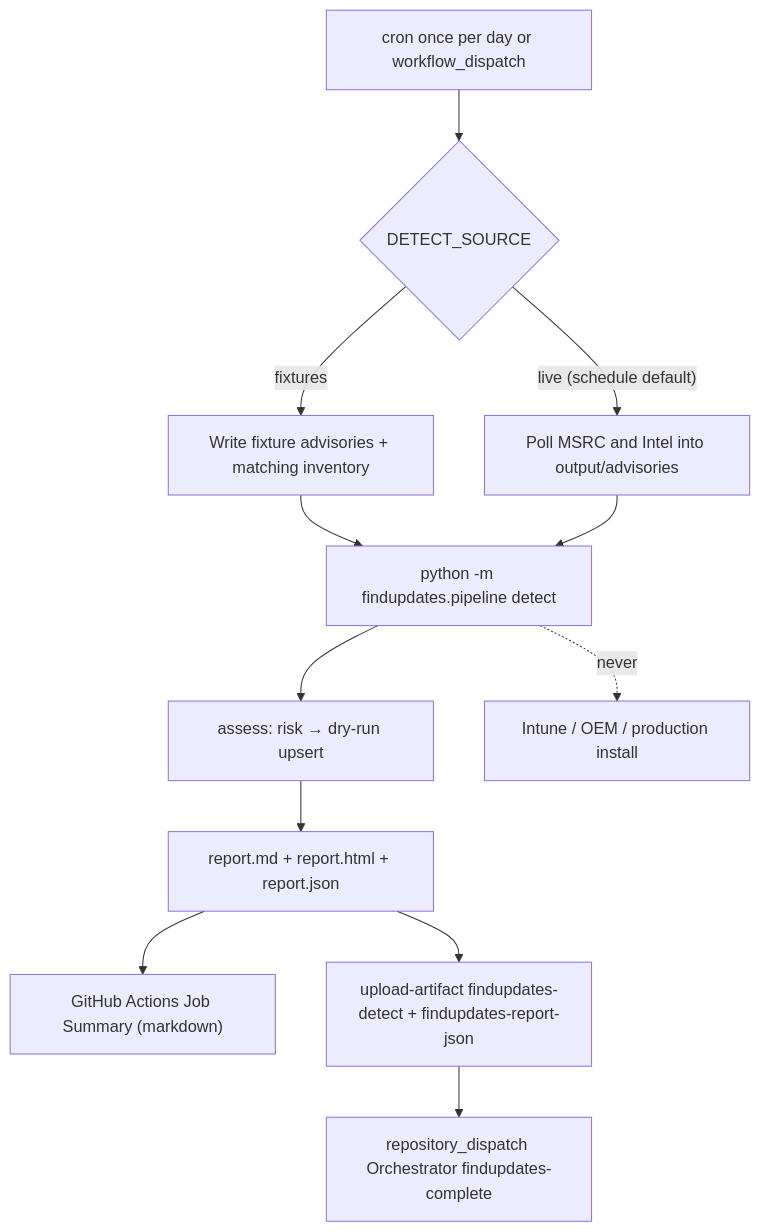
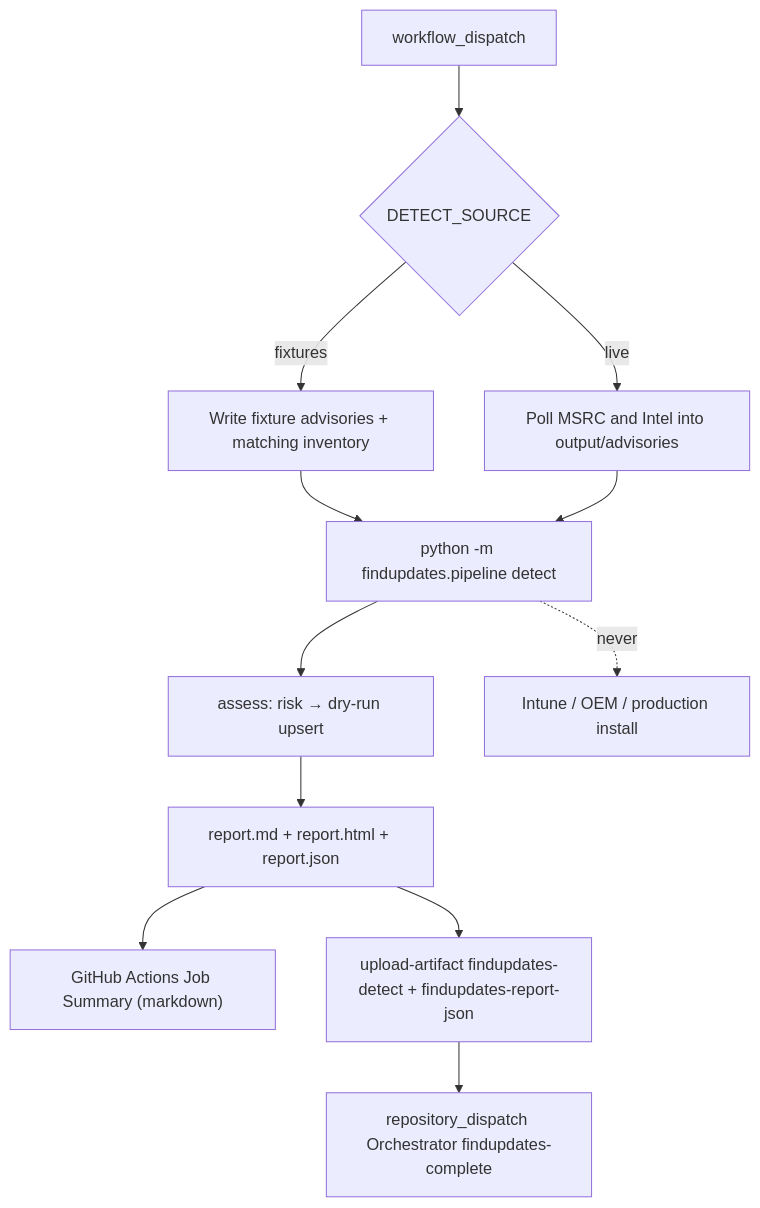
One commit to defrances/FindUpdates changed the third of 3 diagrams in README.md. Above: the diagram before and after it, drawn with Mermaid. The commit also changed other lines of this file and 6 other files, not shown here.

Commit message:
Disable scheduled detect and collect; keep manual workflow_dispatch only.

````diff
--- a/README.md
+++ b/README.md
@@ -151,14 +150,14 @@
 ```mermaid
 flowchart TD
-  Trigger["cron once per day or workflow_dispatch"] --> Source{"DETECT_SOURCE"}
+  Trigger["workflow_dispatch"] --> Source{"DETECT_SOURCE"}
   Source -->|"fixtures"| Fix["Write fixture advisories + matching inventory"]
-  Source -->|"live (schedule default)"| Poll["Poll MSRC and Intel into output/advisories"]
+  Source -->|"live"| Poll["Poll MSRC and Intel into output/advisories"]
   Fix --> Detect["python -m findupdates.pipeline detect"]
   Poll --> Detect
   Detect --> Assess["assess: risk → dry-run upsert"]
   Assess --> Report["report.md + report.html + report.json"]
   Report --> Summary["GitHub Actions Job Summary (markdown)"]
   Report --> Artifacts["upload-artifact findupdates-detect + findupdates-report-json"]
   Artifacts --> Orch["repository_dispatch Orchestrator findupdates-complete"]
   Detect -.->|"never"| NoDeploy["Intune / OEM / production install"]
 ```
````
